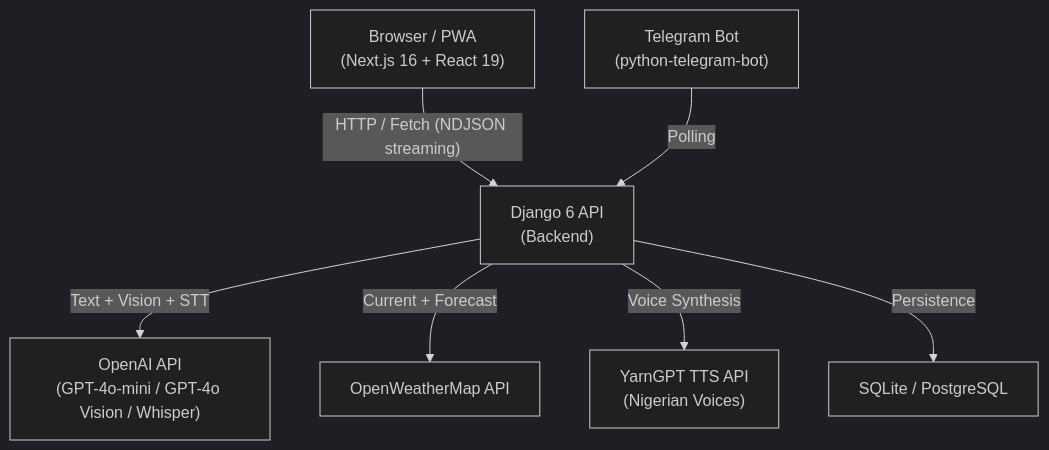
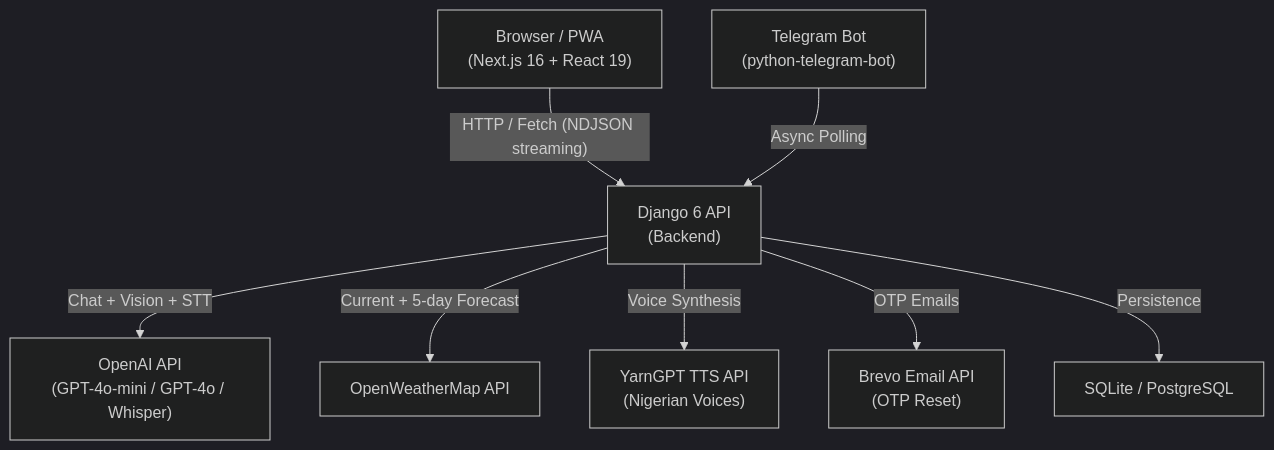
Before and after one commit to Abdul-Salam15/Farm-Buddy-v2: the first of 2 diagrams in README.md, drawn with Mermaid (dark theme). The commit also changed other lines of this file, not shown here.

First line of the commit message:
Update README to reflect current project state

````diff
--- a/README.md
+++ b/README.md
@@ -69,17 +52,19 @@
 ```mermaid
 graph TD
     Browser["Browser / PWA\n(Next.js 16 + React 19)"]
     Django["Django 6 API\n(Backend)"]
-    OpenAI["OpenAI API\n(GPT-4o-mini / GPT-4o Vision / Whisper)"]
+    OpenAI["OpenAI API\n(GPT-4o-mini / GPT-4o / Whisper)"]
     Weather["OpenWeatherMap API"]
     YarnGPT["YarnGPT TTS API\n(Nigerian Voices)"]
+    Brevo["Brevo Email API\n(OTP Reset)"]
     DB["SQLite / PostgreSQL"]
     Telegram["Telegram Bot\n(python-telegram-bot)"]
 
     Browser -- "HTTP / Fetch (NDJSON streaming)" --> Django
-    Telegram -- "Polling" --> Django
-    Django -- "Text + Vision + STT" --> OpenAI
-    Django -- "Current + Forecast" --> Weather
+    Telegram -- "Async Polling" --> Django
+    Django -- "Chat + Vision + STT" --> OpenAI
+    Django -- "Current + 5-day Forecast" --> Weather
     Django -- "Voice Synthesis" --> YarnGPT
+    Django -- "OTP Emails" --> Brevo
     Django -- "Persistence" --> DB
 ```
````
